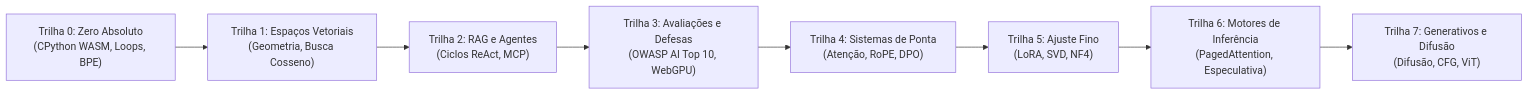
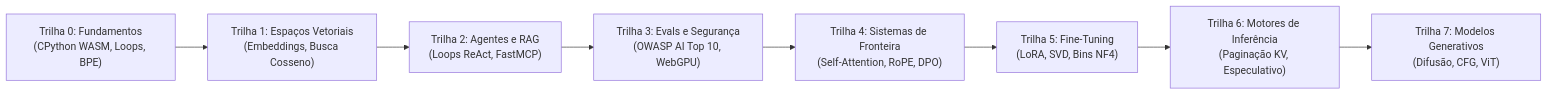
Before and after one commit to Adilrafiq001/OpenGuideForAI: the first of 2 diagrams in docs/translations/README_pt.md, drawn with Mermaid. The commit also changed other lines of this file and 19 other files, not shown here.

````diff
--- a/docs/translations/README_pt.md
+++ b/docs/translations/README_pt.md
@@ -110,13 +74,13 @@
 ```mermaid
 graph LR
-    T0["Trilha 0: Zero Absoluto<br/>(CPython WASM, Loops, BPE)"]
-    T1["Trilha 1: Espaços Vetoriais<br/>(Geometria, Busca Cosseno)"]
-    T2["Trilha 2: RAG e Agentes<br/>(Ciclos ReAct, MCP)"]
-    T3["Trilha 3: Avaliações e Defesas<br/>(OWASP AI Top 10, WebGPU)"]
-    T4["Trilha 4: Sistemas de Ponta<br/>(Atenção, RoPE, DPO)"]
-    T5["Trilha 5: Ajuste Fino<br/>(LoRA, SVD, NF4)"]
-    T6["Trilha 6: Motores de Inferência<br/>(PagedAttention, Especulativa)"]
-    T7["Trilha 7: Generativos e Difusão<br/>(Difusão, CFG, ViT)"]
+    T0["Trilha 0: Fundamentos<br/>(CPython WASM, Loops, BPE)"]
+    T1["Trilha 1: Espaços Vetoriais<br/>(Embeddings, Busca Cosseno)"]
+    T2["Trilha 2: Agentes e RAG<br/>(Loops ReAct, FastMCP)"]
+    T3["Trilha 3: Evals e Segurança<br/>(OWASP AI Top 10, WebGPU)"]
+    T4["Trilha 4: Sistemas de Fronteira<br/>(Self-Attention, RoPE, DPO)"]
+    T5["Trilha 5: Fine-Tuning<br/>(LoRA, SVD, Bins NF4)"]
+    T6["Trilha 6: Motores de Inferência<br/>(Paginação KV, Especulativo)"]
+    T7["Trilha 7: Modelos Generativos<br/>(Difusão, CFG, ViT)"]
 
     T0 --> T1 --> T2 --> T3 --> T4 --> T5 --> T6 --> T7
 ```
````
